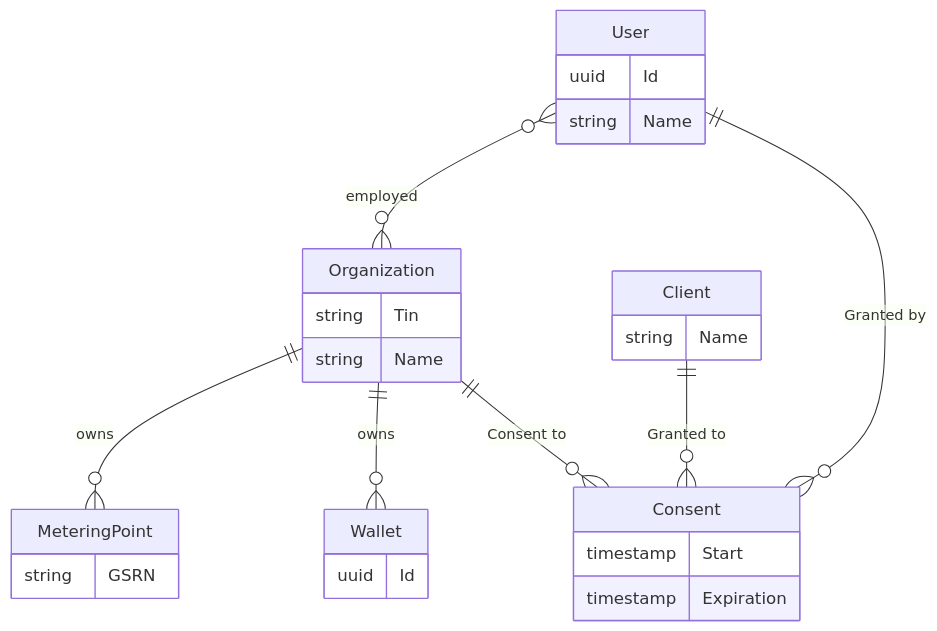
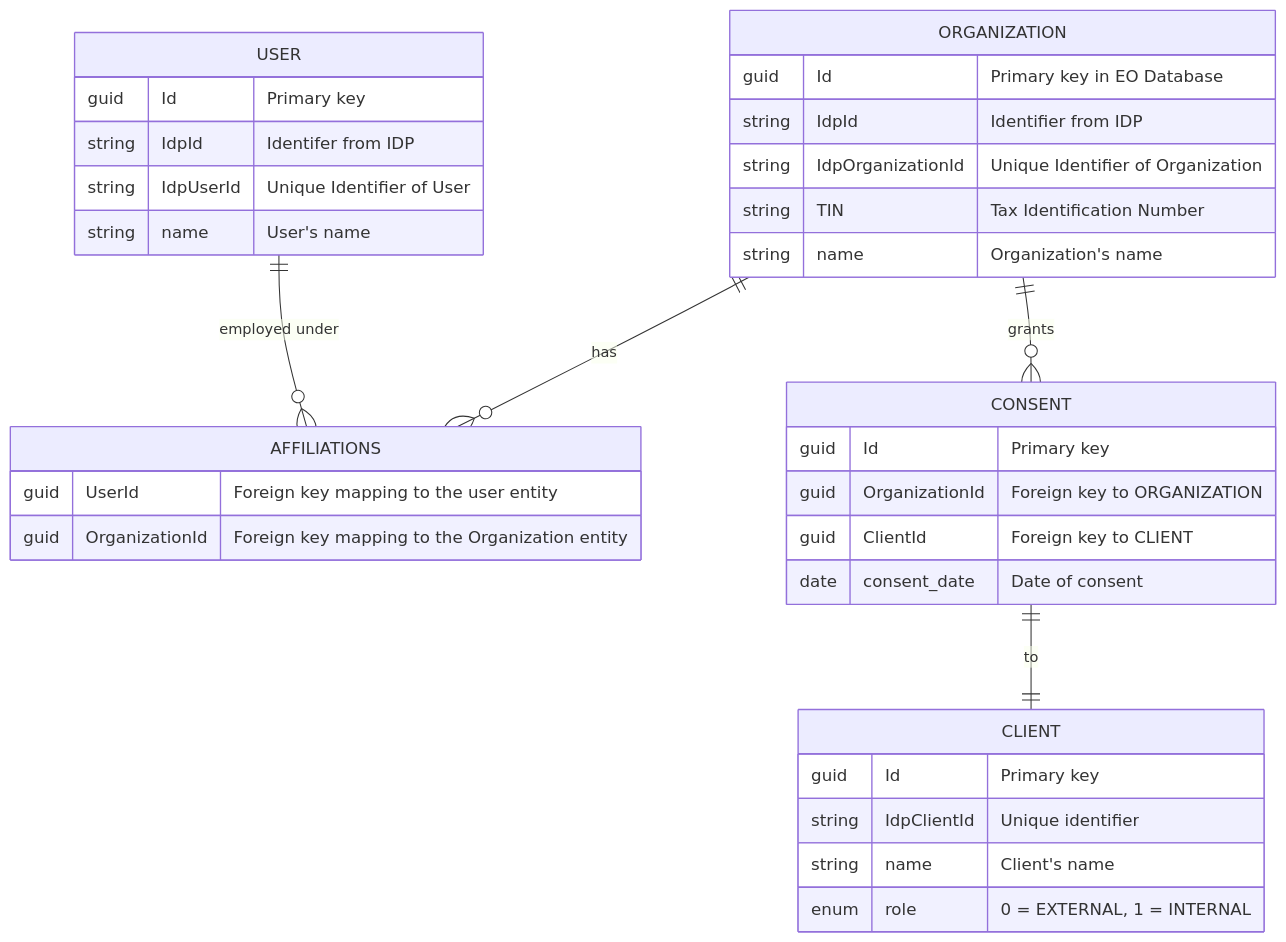
Before and after one commit to Energinet-DataHub/energy-origin: the first of 5 diagrams in domains/authorization/documentation/readme.md, drawn with Mermaid. The commit also changed other lines of this file, not shown here.

Commit message:
update er-diagram

````diff
--- a/domains/authorization/documentation/readme.md
+++ b/domains/authorization/documentation/readme.md
@@ -17,30 +17,42 @@
-``` Mermaid 
+``` Mermaid
 erDiagram
-  User }o--o{ Organization : employed
-  User {
-    uuid Id
-    string Name
-  }
-  Organization ||--o{ MeteringPoint : owns
-  Organization ||--o{ Wallet : owns
-  Organization {
-    string Tin
-    string Name
-  }
-  Consent {
-    timestamp Start
-    timestamp Expiration
-  }
-  MeteringPoint {
-    string GSRN
-  }
-  Wallet {
-    uuid Id
-  }
-  User ||--o{ Consent : "Granted by"
-  Client ||--o{ Consent : "Granted to"
-  Organization ||--o{ Consent : "Consent to"
-  Client {
-    string Name
-  }
+    USER ||--o{ AFFILIATIONS : "employed under"
+    ORGANIZATION ||--o{ AFFILIATIONS : "has"
+    ORGANIZATION ||--o{ CONSENT : "grants"
+    CONSENT ||--|| CLIENT : "to"
+
+
+    ORGANIZATION {
+        guid Id "Primary key in EO Database"
+        string IdpId "Identifier from IDP"
+        string IdpOrganizationId "Unique Identifier of Organization"
+        string TIN "Tax Identification Number"
+        string name "Organization's name"
+    }
+
+    USER {
+        guid Id "Primary key"
+        string IdpId "Identifer from IDP"
+        string IdpUserId "Unique Identifier of User"
+        string name "User's name"
+    }
+
+    AFFILIATIONS {
+        guid UserId "Foreign key mapping to the user entity"
+        guid OrganizationId "Foreign key mapping to the Organization entity"
+    }
+
+    CLIENT {
+        guid Id "Primary key"
+        string IdpClientId "Unique identifier"
+        string name "Client's name"
+        enum role "0 = EXTERNAL, 1 = INTERNAL"
+    }
+
+    CONSENT {
+        guid Id "Primary key"
+        guid OrganizationId "Foreign key to ORGANIZATION"
+        guid ClientId "Foreign key to CLIENT"
+        date consent_date "Date of consent"
+    }
 ```
````
